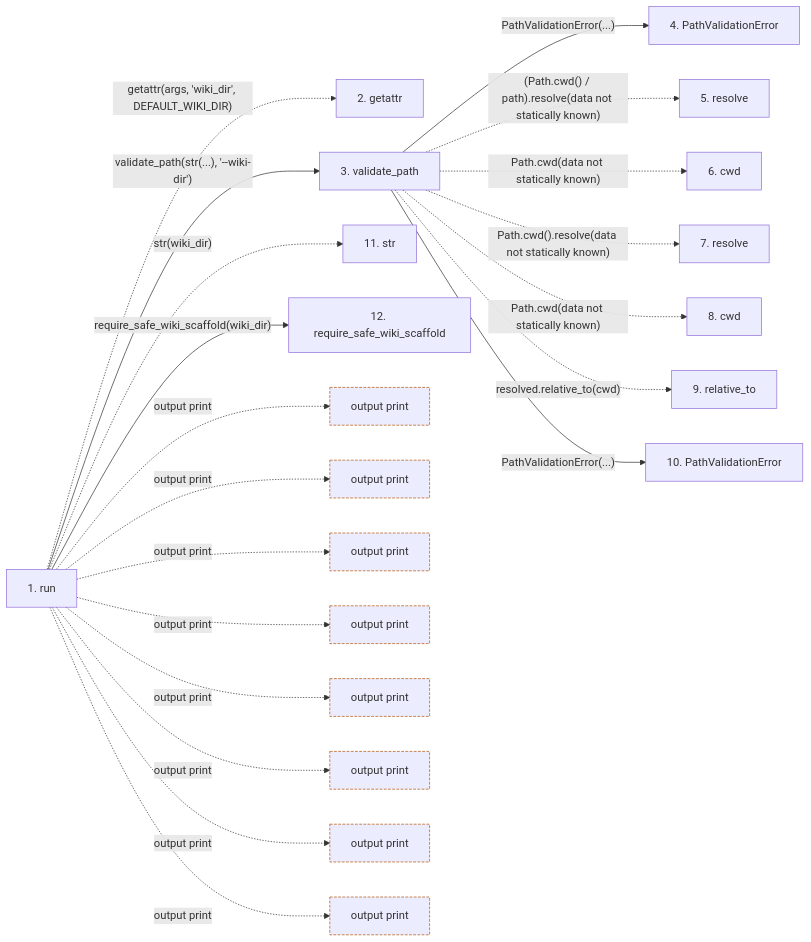
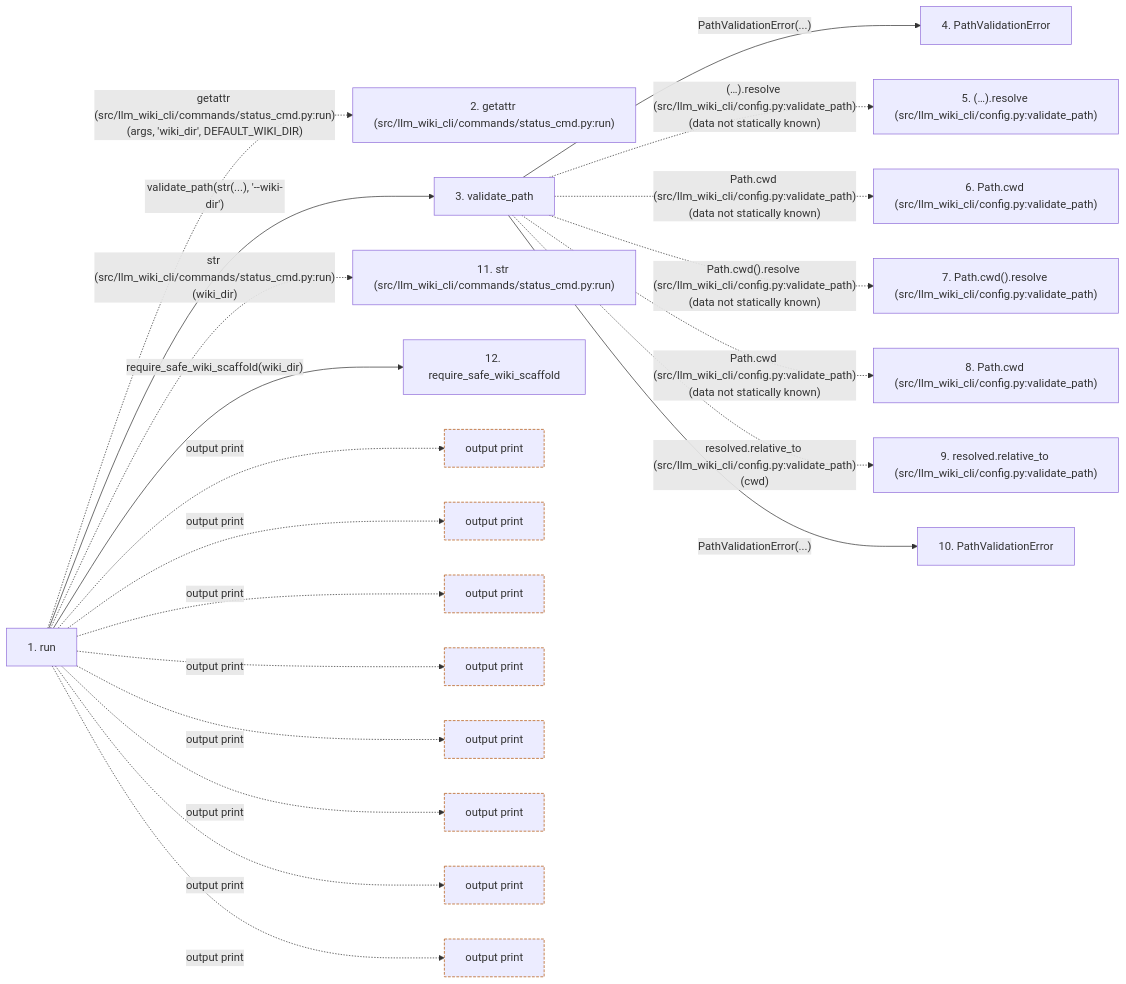
The second of 2 diagrams in docs/llm_wiki/flows/cli-status.md (Denissvgn/python-wiki-llm), drawn with Mermaid before and after one commit. The commit also changed other lines of this file and 719 other files, not shown here.

````diff
--- a/docs/llm_wiki/flows/cli-status.md
+++ b/docs/llm_wiki/flows/cli-status.md
@@ -104,56 +111,56 @@
 ```mermaid
 flowchart LR
     s1["1. run"]
-    s2["2. getattr"]
+    s2["2. getattr (src/llm_wiki_cli/commands/status_cmd.py:run)"]
     s3["3. validate_path"]
     s4["4. PathValidationError"]
-    s5["5. resolve"]
-    s6["6. cwd"]
-    s7["7. resolve"]
-    s8["8. cwd"]
-    s9["9. relative_to"]
+    s5["5. (…).resolve (src/llm_wiki_cli/config.py:validate_path)"]
+    s6["6. Path.cwd (src/llm_wiki_cli/config.py:validate_path)"]
+    s7["7. Path.cwd().resolve (src/llm_wiki_cli/config.py:validate_path)"]
+    s8["8. Path.cwd (src/llm_wiki_cli/config.py:validate_path)"]
+    s9["9. resolved.relative_to (src/llm_wiki_cli/config.py:validate_path)"]
     s10["10. PathValidationError"]
-    s11["11. str"]
+    s11["11. str (src/llm_wiki_cli/commands/status_cmd.py:run)"]
     s12["12. require_safe_wiki_scaffold"]
-    s1 -. "getattr(args, 'wiki_dir', DEFAULT_WIKI_DIR)" .-> s2
+    s1 -. "getattr (src/llm_wiki_cli/commands/status_cmd.py:run)(args, 'wiki_dir', DEFAULT_WIKI_DIR)" .-> s2
     s1 -->|"validate_path(str(...), '--wiki-dir')"| s3
     s3 -->|"PathValidationError(...)"| s4
-    s3 -. "(Path.cwd() / path).resolve(data not statically known)" .-> s5
-    s3 -. "Path.cwd(data not statically known)" .-> s6
-    s3 -. "Path.cwd().resolve(data not statically known)" .-> s7
-    s3 -. "Path.cwd(data not statically known)" .-> s8
-    s3 -. "resolved.relative_to(cwd)" .-> s9
+    s3 -. "(…).resolve (src/llm_wiki_cli/config.py:validate_path)(data not statically known)" .-> s5
+    s3 -. "Path.cwd (src/llm_wiki_cli/config.py:validate_path)(data not statically known)" .-> s6
+    s3 -. "Path.cwd().resolve (src/llm_wiki_cli/config.py:validate_path)(data not statically known)" .-> s7
+    s3 -. "Path.cwd (src/llm_wiki_cli/config.py:validate_path)(data not statically known)" .-> s8
+    s3 -. "resolved.relative_to (src/llm_wiki_cli/config.py:validate_path)(cwd)" .-> s9
     s3 -->|"PathValidationError(...)"| s10
-    s1 -. "str(wiki_dir)" .-> s11
+    s1 -. "str (src/llm_wiki_cli/commands/status_cmd.py:run)(wiki_dir)" .-> s11
     s1 -->|"require_safe_wiki_scaffold(wiki_dir)"| s12
     b0["output print"]
     s1 -. "output print" .-> b0
     b1["output print"]
     s1 -. "output print" .-> b1
     b2["output print"]
     s1 -. "output print" .-> b2
     b3["output print"]
     s1 -. "output print" .-> b3
     b4["output print"]
     s1 -. "output print" .-> b4
     b5["output print"]
     s1 -. "output print" .-> b5
     b6["output print"]
     s1 -. "output print" .-> b6
     b7["output print"]
     s1 -. "output print" .-> b7
     click s1 "../modules/status_cmd.md"
     click s3 "../modules/config.md"
     click s4 "../modules/config.md"
     click s10 "../modules/config.md"
     click s12 "../modules/wiki_lifecycle.md"
     classDef boundary stroke:#b45309,stroke-dasharray: 4 2
     class b0 boundary
     class b1 boundary
     class b2 boundary
     class b3 boundary
     class b4 boundary
     class b5 boundary
     class b6 boundary
     class b7 boundary
 ```
````
